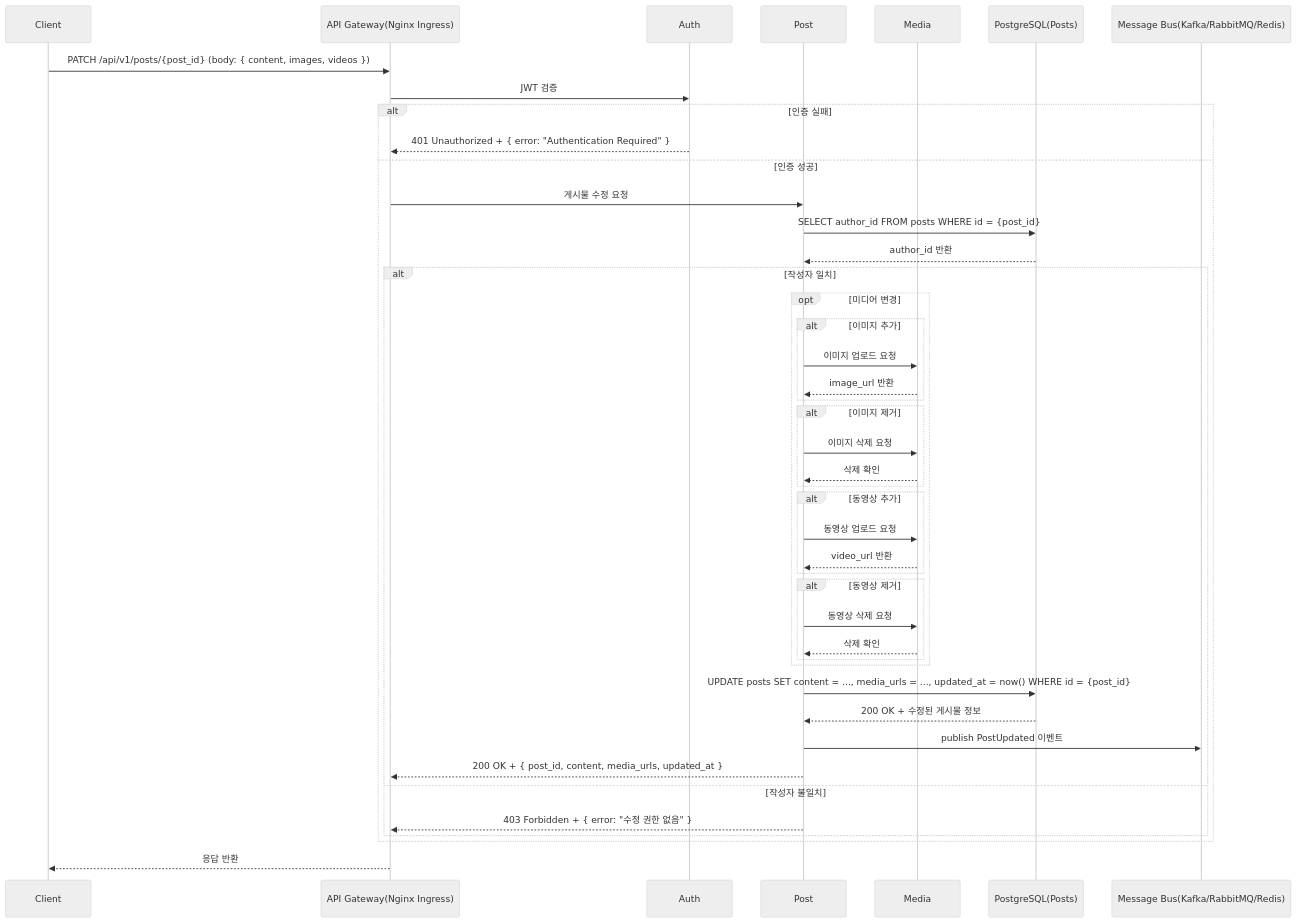
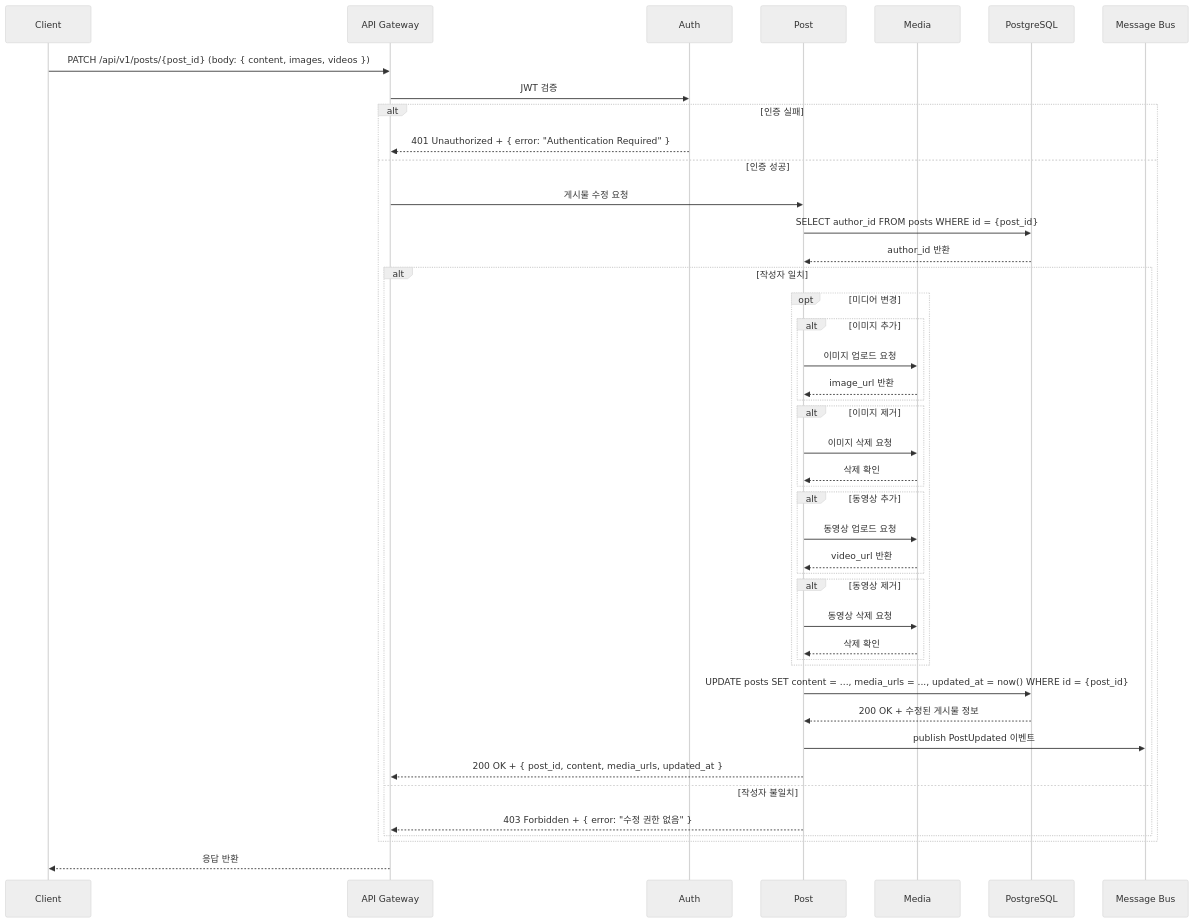
Before and after one commit to myeonghan-nim/veilgram: diagram 18 of 47 in documents/sequence_diagram.md, drawn with Mermaid (neutral theme). The commit also changed other lines of this file and 1 other file, not shown here.

````diff
--- a/documents/sequence_diagram.md
+++ b/documents/sequence_diagram.md
@@ -653,47 +651,47 @@
 ```mermaid
 sequenceDiagram
     participant Client as Client
-    participant APIGW as API Gateway(Nginx Ingress)
+    participant APIGW as API Gateway
     participant Auth as Auth
     participant Post as Post
     participant Media as Media
-    participant DB as PostgreSQL(Posts)
-    participant Bus as Message Bus(Kafka/RabbitMQ/Redis)
+    participant DB as PostgreSQL
+    participant Bus as Message Bus
 
     Client->>APIGW: PATCH /api/v1/posts/{post_id} (body: { content, images, videos })
     APIGW->>Auth: JWT 검증
     alt 인증 실패
         Auth-->>APIGW: 401 Unauthorized + { error: "Authentication Required" }
     else 인증 성공
         APIGW->>Post: 게시물 수정 요청
         Post->>DB: SELECT author_id FROM posts WHERE id = {post_id}
         DB-->>Post: author_id 반환
         alt 작성자 일치
             opt 미디어 변경
                 alt 이미지 추가
                     Post->>Media: 이미지 업로드 요청
                     Media-->>Post: image_url 반환
                 end
                 alt 이미지 제거
                     Post->>Media: 이미지 삭제 요청
                     Media-->>Post: 삭제 확인
                 end
                 alt 동영상 추가
                     Post->>Media: 동영상 업로드 요청
                     Media-->>Post: video_url 반환
                 end
                 alt 동영상 제거
                     Post->>Media: 동영상 삭제 요청
                     Media-->>Post: 삭제 확인
                 end
             end
             Post->>DB: UPDATE posts SET content = ..., media_urls = ..., updated_at = now() WHERE id = {post_id}
             DB-->>Post: 200 OK + 수정된 게시물 정보
             Post->>Bus: publish PostUpdated 이벤트
             Post-->>APIGW: 200 OK + { post_id, content, media_urls, updated_at }
         else 작성자 불일치
             Post-->>APIGW: 403 Forbidden + { error: "수정 권한 없음" }
         end
     end
     APIGW-->>Client: 응답 반환
 ```
````
